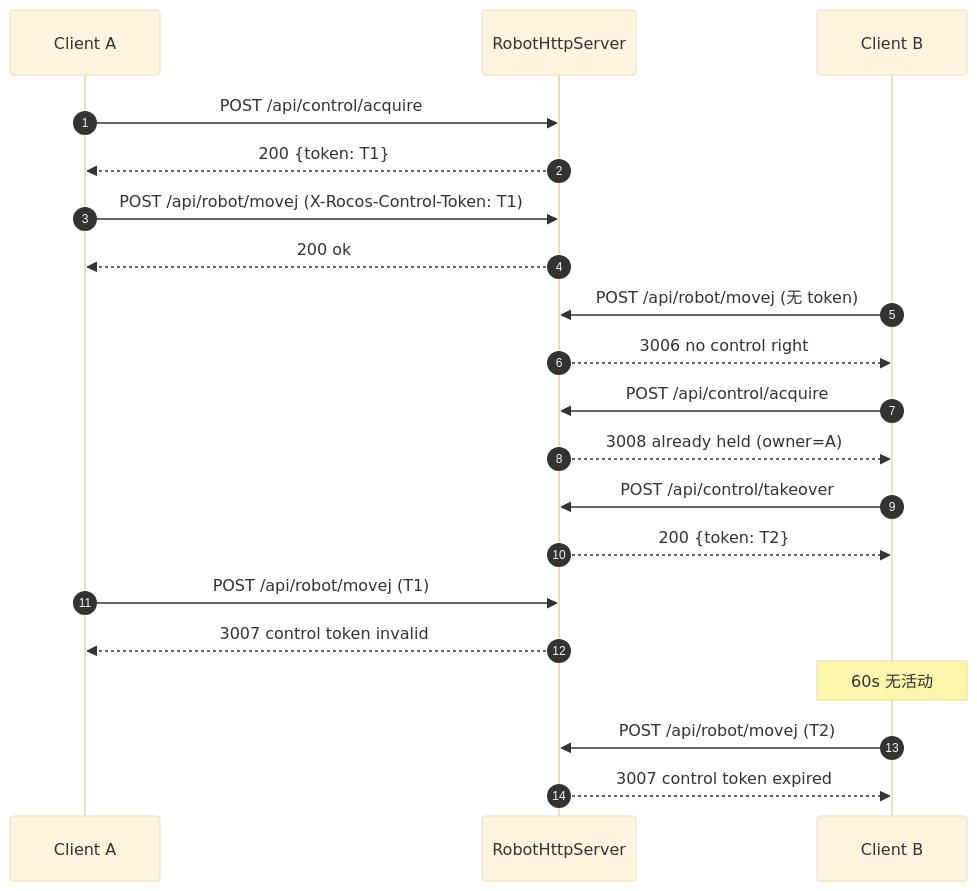
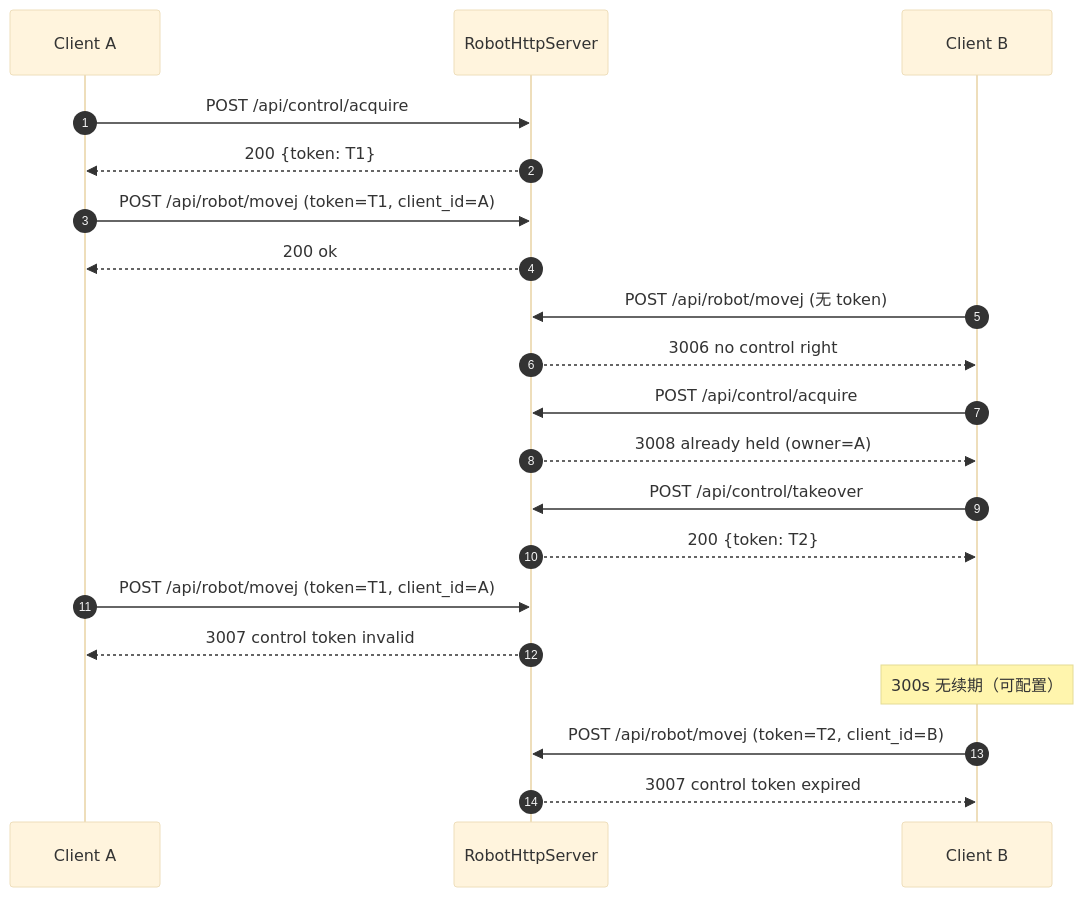
Before and after one commit to thinkexist1989/rocos-app: the second of 2 diagrams in docs/http_api_control_rights.md, drawn with Mermaid (base theme). The commit also changed other lines of this file and 8 other files, not shown here.

First line of the commit message:
fix: align HTTP control rights with updated API contract

````diff
--- a/docs/http_api_control_rights.md
+++ b/docs/http_api_control_rights.md
@@ -164,27 +186,27 @@
 ```mermaid
 sequenceDiagram
     autonumber
     participant A as Client A
     participant S as RobotHttpServer
     participant B as Client B
 
     A->>S: POST /api/control/acquire
     S-->>A: 200 {token: T1}
-    A->>S: POST /api/robot/movej (X-Rocos-Control-Token: T1)
+    A->>S: POST /api/robot/movej (token=T1, client_id=A)
     S-->>A: 200 ok
 
     B->>S: POST /api/robot/movej (无 token)
     S-->>B: 3006 no control right
 
     B->>S: POST /api/control/acquire
     S-->>B: 3008 already held (owner=A)
 
     B->>S: POST /api/control/takeover
     S-->>B: 200 {token: T2}
-    A->>S: POST /api/robot/movej (T1)
+    A->>S: POST /api/robot/movej (token=T1, client_id=A)
     S-->>A: 3007 control token invalid
 
-    Note over B: 60s 无活动
-    B->>S: POST /api/robot/movej (T2)
+    Note over B: 300s 无续期（可配置）
+    B->>S: POST /api/robot/movej (token=T2, client_id=B)
     S-->>B: 3007 control token expired
 ```
````
